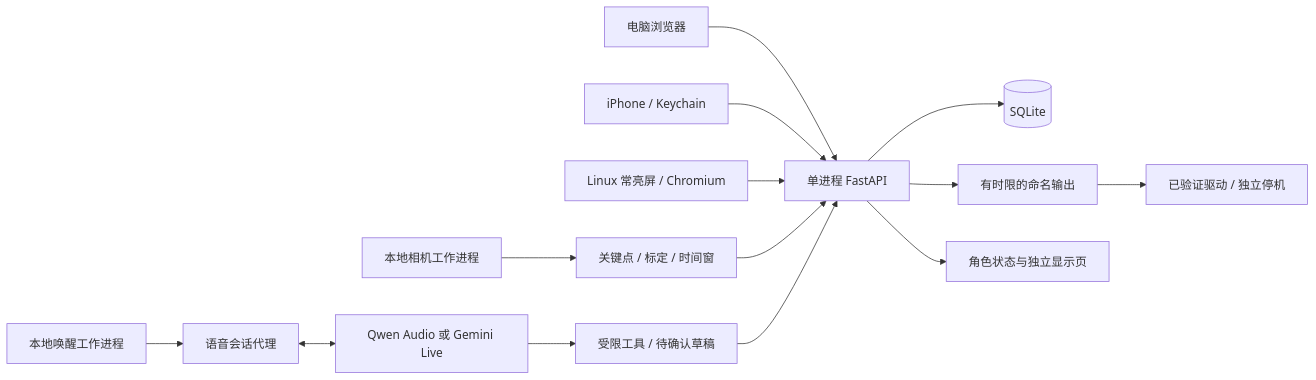
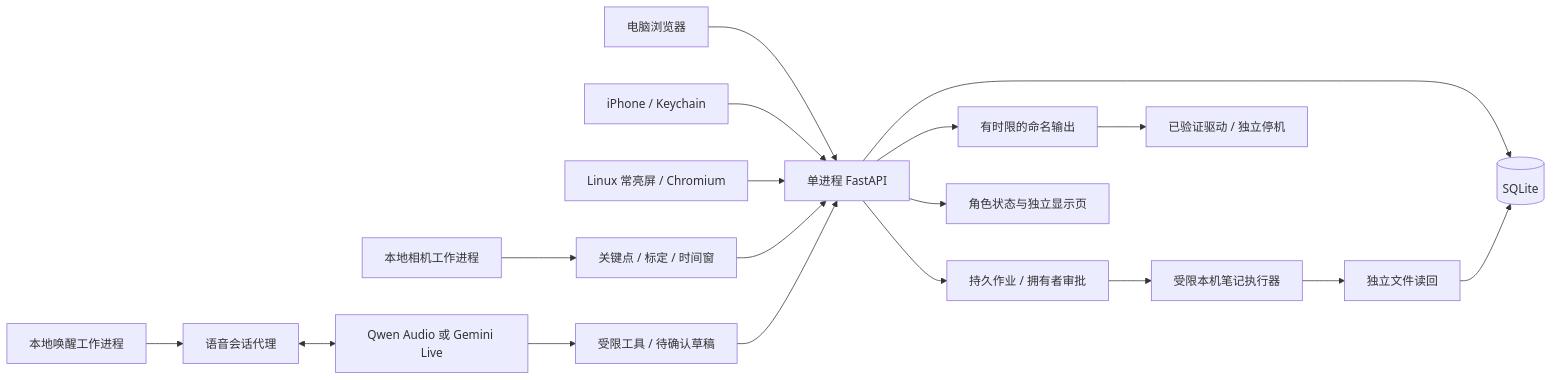
The diagram in desk-companion/docs/architecture.md (tantalum666/FYP), drawn with Mermaid before and after one commit. The commit also changed other lines of this file and 34 other files, not shown here.

````diff
--- a/desk-companion/docs/architecture.md
+++ b/desk-companion/docs/architecture.md
@@ -7,16 +7,20 @@
 ```mermaid
 flowchart LR
   Web[电脑浏览器] --> API[单进程 FastAPI]
   Phone[iPhone / Keychain] --> API
   Screen[Linux 常亮屏 / Chromium] --> API
   API --> DB[(SQLite)]
   Camera[本地相机工作进程] --> Pose[关键点 / 标定 / 时间窗]
   Pose --> API
   Wake[本地唤醒工作进程] --> Voice[语音会话代理]
   Voice <--> Provider[Qwen Audio 或 Gemini Live]
   Provider --> Tools[受限工具 / 待确认草稿]
   Tools --> API
+  API --> Jobs[持久作业 / 拥有者审批]
+  Jobs --> Executor[受限本机笔记执行器]
+  Executor --> Verify[独立文件读回]
+  Verify --> DB
   API --> Queue[有时限的命名输出]
   Queue --> Driver[已验证驱动 / 独立停机]
   API --> Avatar[角色状态与独立显示页]
 ```
````
